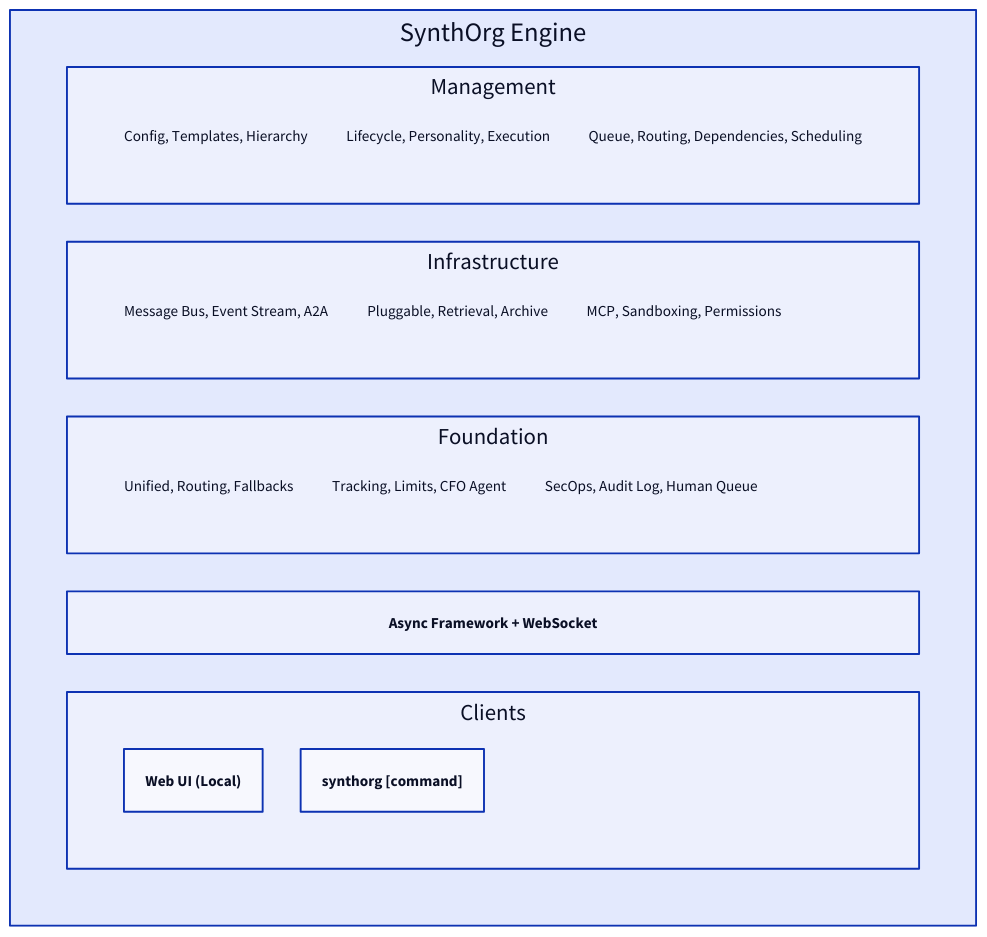
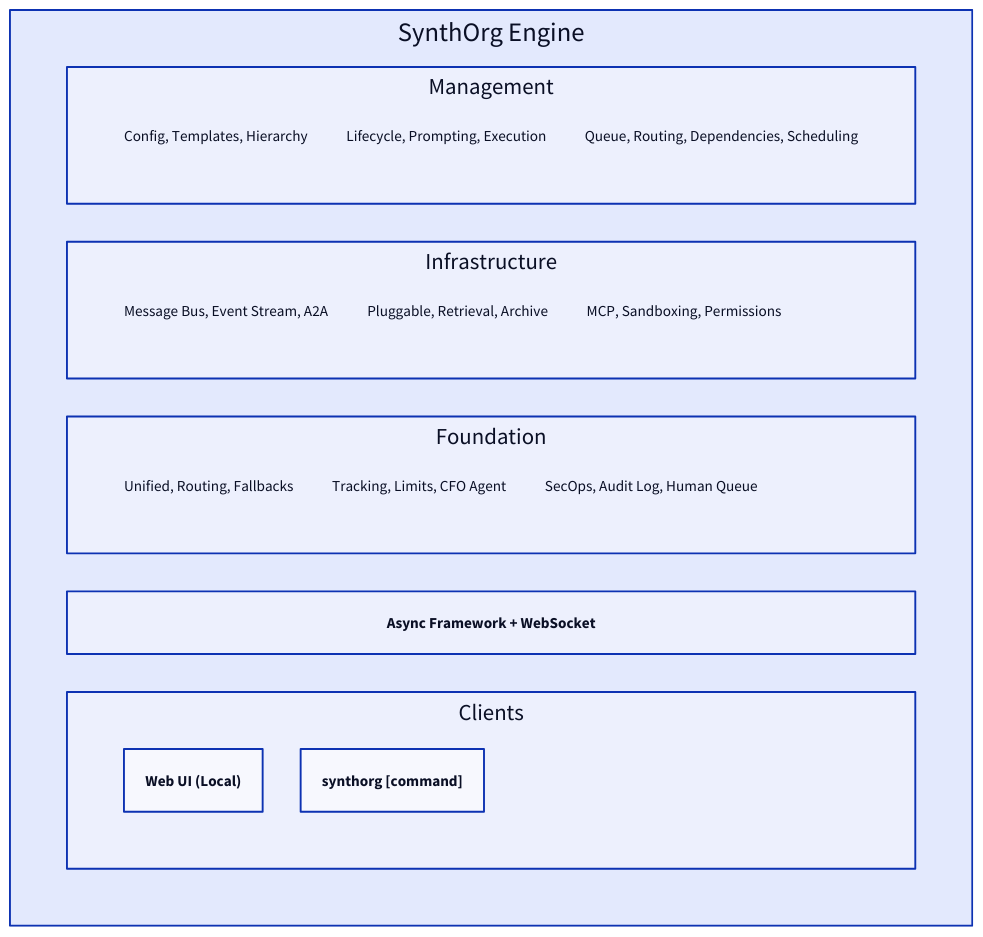
The diagram in docs/architecture/tech-stack.md (Aureliolo/synthorg), drawn with D2 before and after one commit. The commit also changed other lines of this file and 346 other files, not shown here.

````diff
--- a/docs/architecture/tech-stack.md
+++ b/docs/architecture/tech-stack.md
@@ -5,61 +5,61 @@
 ```d2
 SynthOrg Engine: {
   grid-rows: 5
 
   Management: {
     grid-columns: 3
     Company Mgr: |
       Config, Templates,
       Hierarchy
     |
     Agent Engine: |
-      Lifecycle, Personality,
+      Lifecycle, Prompting,
       Execution
     |
     Task/Workflow Eng.: |
       Queue, Routing,
       Dependencies, Scheduling
     |
   }
 
   Infrastructure: {
     grid-columns: 3
     Comms Layer: |
       Message Bus,
       Event Stream, A2A
     |
     Memory Layer: |
       Pluggable, Retrieval,
       Archive
     |
     Tool/Capability System: |
       MCP, Sandboxing,
       Permissions
     |
   }
 
   Foundation: {
     grid-columns: 3
     Provider Layer: |
       Unified, Routing,
       Fallbacks
     |
     Budget/Cost Engine: |
       Tracking, Limits,
       CFO Agent
     |
     Security/Approval: |
       SecOps, Audit Log,
       Human Queue
     |
   }
 
   API Layer: Async Framework + WebSocket
 
   Clients: {
     grid-columns: 2
     Web Dashboard: Web UI (Local)
     CLI Tool: "synthorg [command]"
   }
 }
 ```
````
